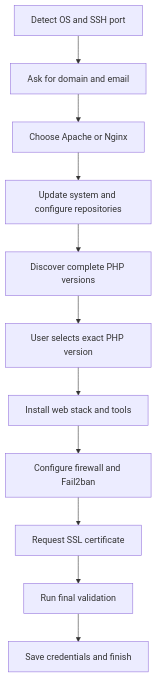
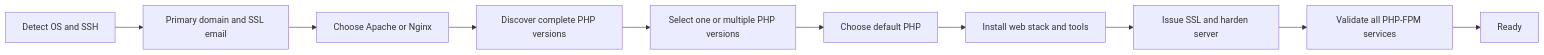
One commit to abdomuftah/SuperServer changed the diagram in README.md. Above: the diagram before and after it, drawn with Mermaid. The commit also changed other lines of this file and 10 other files, not shown here.

Commit message:
Release SuperServer v3.3.0 final

````diff
--- a/README.md
+++ b/README.md
@@ -218,13 +185,12 @@
 ```mermaid
-graph TD
-    A[Detect OS and SSH port] --> B[Ask for domain and email]
+flowchart LR
+    A[Detect OS and SSH] --> B[Primary domain and SSL email]
     B --> C[Choose Apache or Nginx]
-    C --> D[Update system and configure repositories]
-    D --> E[Discover complete PHP versions]
-    E --> F[User selects exact PHP version]
+    C --> D[Discover complete PHP versions]
+    D --> E[Select one or multiple PHP versions]
+    E --> F[Choose default PHP]
     F --> G[Install web stack and tools]
-    G --> H[Configure firewall and Fail2ban]
-    H --> I[Request SSL certificate]
-    I --> J[Run final validation]
-    J --> K[Save credentials and finish]
+    G --> H[Issue SSL and harden server]
+    H --> I[Validate all PHP-FPM services]
+    I --> J[Ready]
 ```
````
